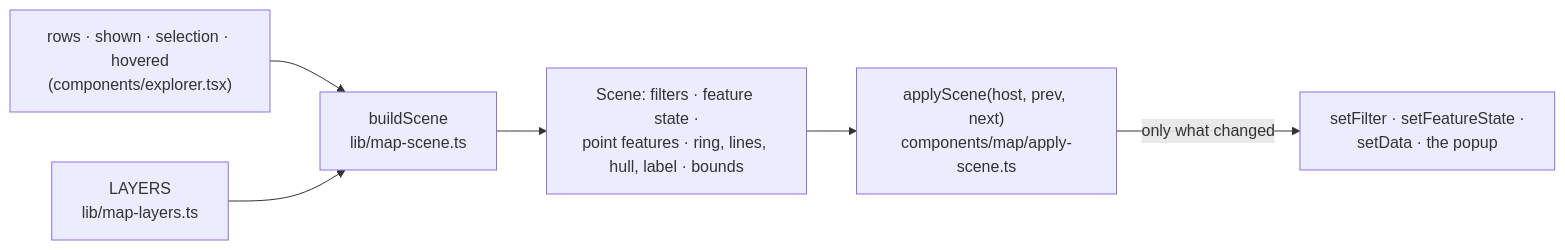
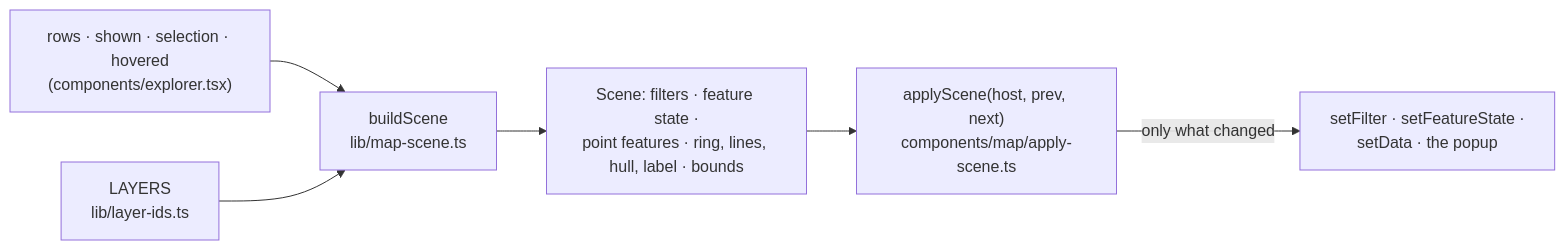
The third of 4 diagrams in docs/map-rendering.md (mdugue/alpen), drawn with Mermaid before and after one commit. The commit also changed other lines of this file and 41 other files, not shown here.

````diff
--- a/docs/map-rendering.md
+++ b/docs/map-rendering.md
@@ -225,8 +225,8 @@
 ```mermaid
 flowchart LR
   E["rows · shown · selection · hovered<br/>(components/explorer.tsx)"] --> B["buildScene<br/>lib/map-scene.ts"]
-  L["LAYERS<br/>lib/map-layers.ts"] --> B
+  L["LAYERS<br/>lib/layer-ids.ts"] --> B
   B --> S["Scene: filters · feature state ·<br/>point features · ring, lines, hull, label · bounds"]
   S --> A["applyScene(host, prev, next)<br/>components/map/apply-scene.ts"]
   A -->|"only what changed"| M["setFilter · setFeatureState ·<br/>setData · the popup"]
 ```
````
